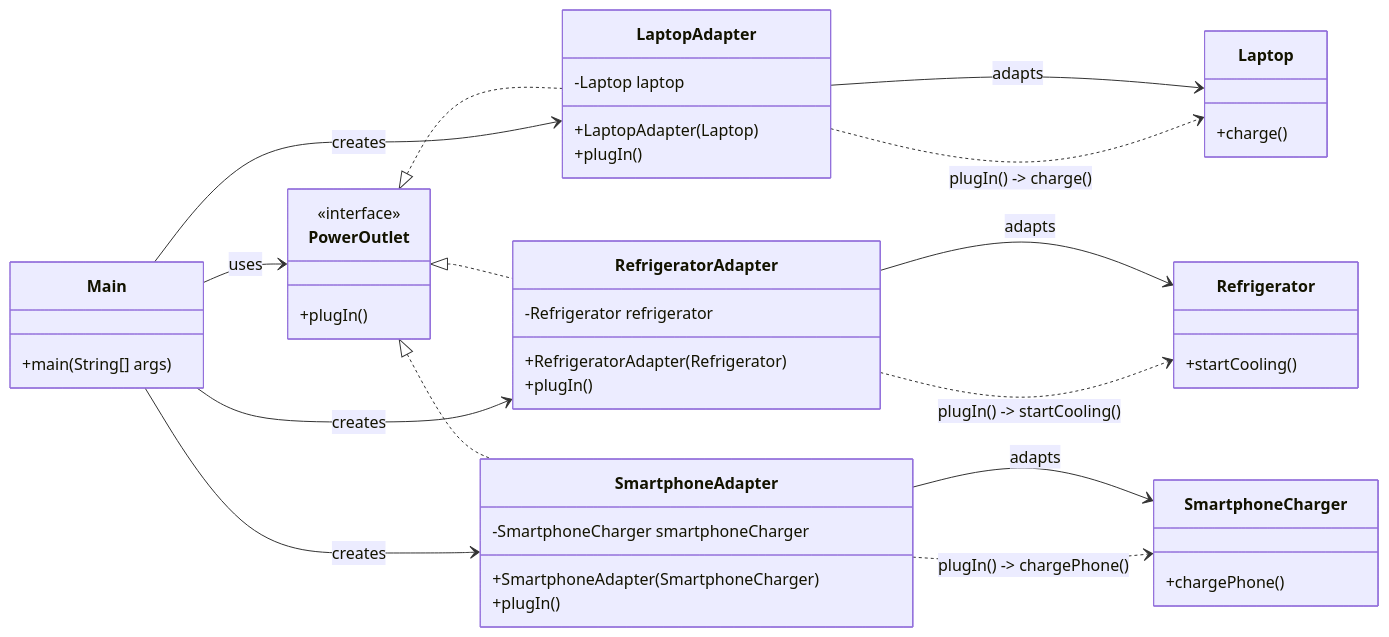
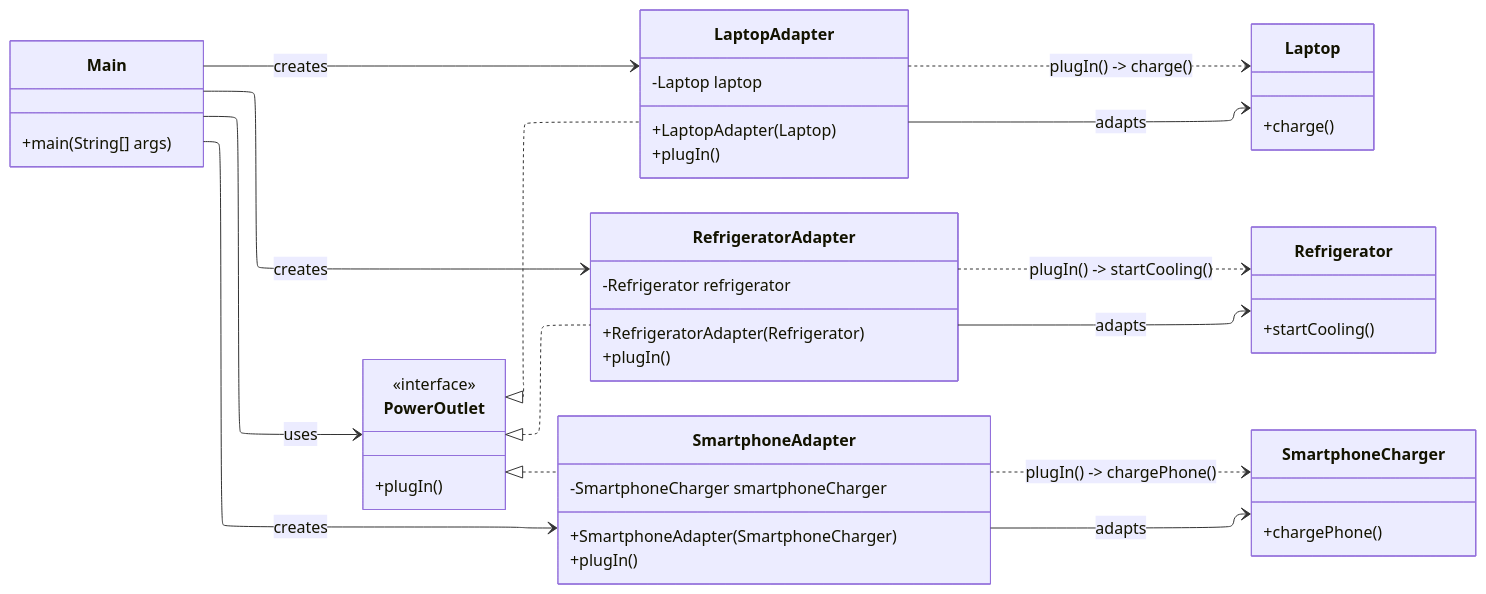
One commit to alainmnts/Adapter-Pattern changed the diagram in README.md. Above: the diagram before and after it, drawn with Mermaid.

Commit message:
Update UML diagram configuration in README

````diff
--- a/README.md
+++ b/README.md
@@ -25,60 +25,64 @@
 ```mermaid
+---
+config:
+    layout: elk
+---
 classDiagram
     direction LR
 
     class PowerOutlet {
         <<interface>>
         +plugIn()
     }
 
     class Laptop {
         +charge()
     }
 
     class Refrigerator {
         +startCooling()
     }
 
     class SmartphoneCharger {
         +chargePhone()
     }
 
     class LaptopAdapter {
         -Laptop laptop
         +LaptopAdapter(Laptop)
         +plugIn()
     }
 
     class RefrigeratorAdapter {
         -Refrigerator refrigerator
         +RefrigeratorAdapter(Refrigerator)
         +plugIn()
     }
 
     class SmartphoneAdapter {
         -SmartphoneCharger smartphoneCharger
         +SmartphoneAdapter(SmartphoneCharger)
         +plugIn()
     }
 
     class Main {
         +main(String[] args)
     }
 
     PowerOutlet <|.. LaptopAdapter
     PowerOutlet <|.. RefrigeratorAdapter
     PowerOutlet <|.. SmartphoneAdapter
 
     LaptopAdapter --> Laptop : adapts
     RefrigeratorAdapter --> Refrigerator : adapts
     SmartphoneAdapter --> SmartphoneCharger : adapts
 
     LaptopAdapter ..> Laptop : plugIn() -> charge()
     RefrigeratorAdapter ..> Refrigerator : plugIn() -> startCooling()
     SmartphoneAdapter ..> SmartphoneCharger : plugIn() -> chargePhone()
 
     Main --> LaptopAdapter : creates
     Main --> RefrigeratorAdapter : creates
     Main --> SmartphoneAdapter : creates
     Main --> PowerOutlet : uses
 ```
````
